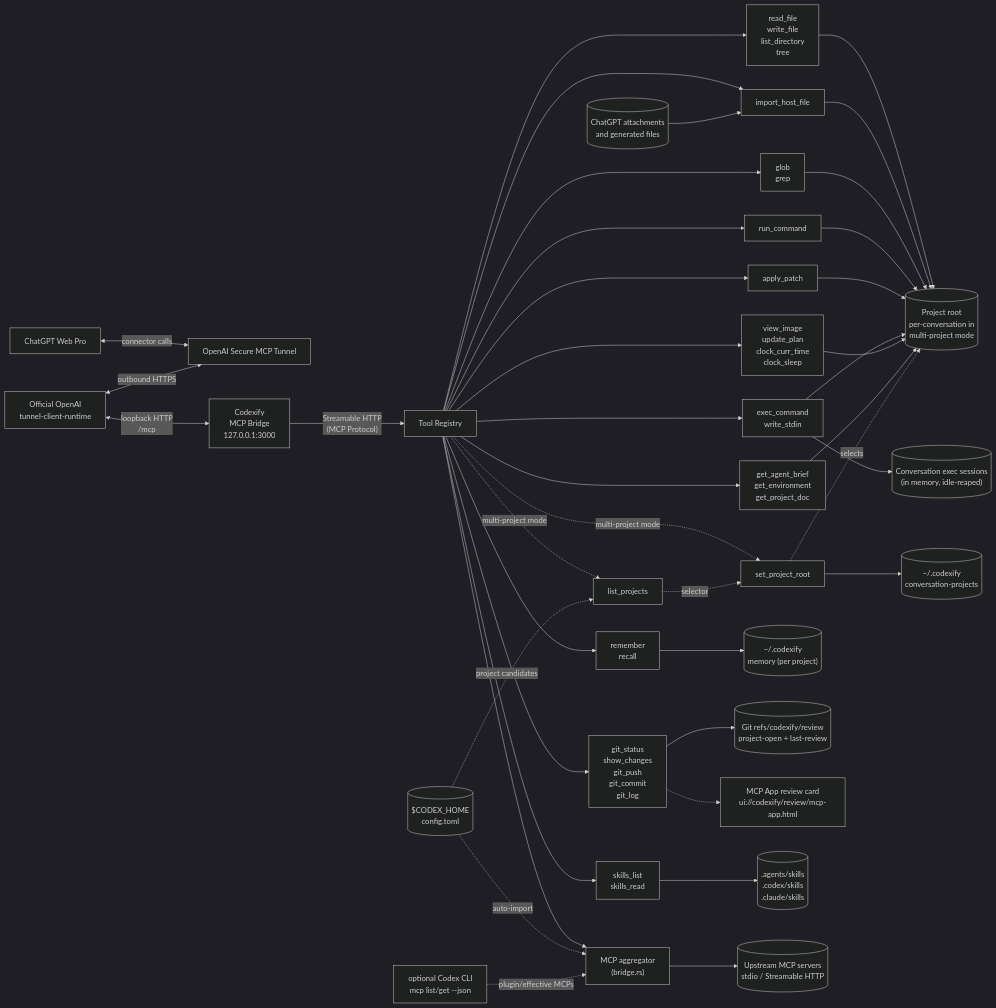
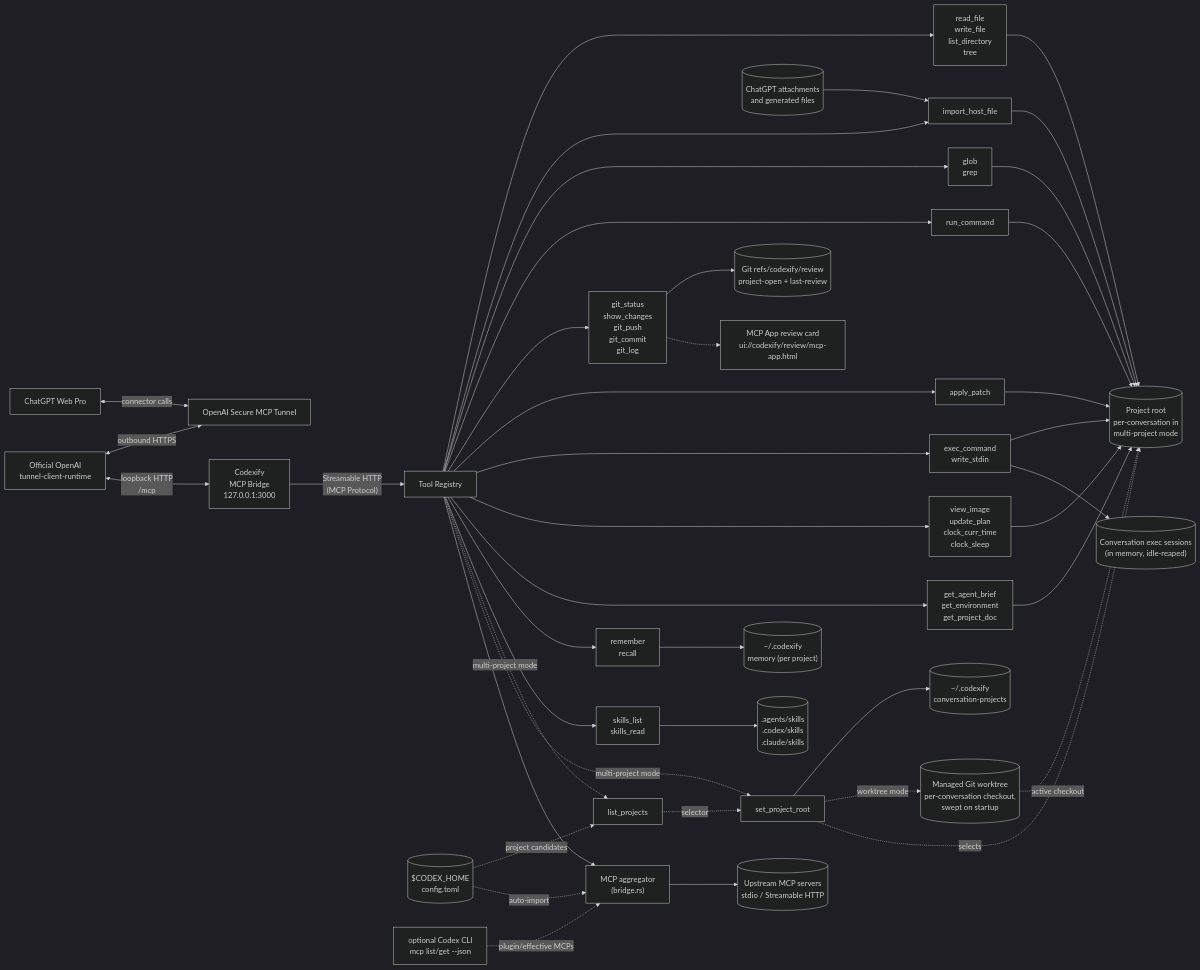
One commit to thesunwave/codexify changed the diagram in README.md. Above: the diagram before and after it, drawn with Mermaid (dark theme). The commit also changed other lines of this file, not shown here.

Commit message:
docs(readme): add managed-worktree node to the architecture diagram
The v1.3.0 worktree isolation (#11) added a per-conversation managed Git
checkout that becomes the active project root in worktree mode; the
architecture flowchart did not show it. Add the Worktree artifact and its
conditional set_project_root edges, and note worktree mode in the caption.

````diff
--- a/README.md
+++ b/README.md
@@ -15,76 +15,79 @@
 ```mermaid
 flowchart LR
     ChatGPT["ChatGPT Web Pro"]
     OpenAITunnel["OpenAI Secure MCP Tunnel"]
     TunnelClient["Official OpenAI\ntunnel-client-runtime"]
     Server["Codexify\nMCP Bridge\n127.0.0.1:3000"]
     Tools["Tool Registry"]
 
     FS["read_file\nwrite_file\nlist_directory\ntree"]
     Ingress["import_host_file"]
     Search["glob\ngrep"]
     Shell["run_command"]
     Git["git_status\nshow_changes\ngit_push\ngit_commit\ngit_log"]
     Edit["apply_patch"]
     Exec["exec_command\nwrite_stdin"]
     Agent["view_image\nupdate_plan\nclock_curr_time\nclock_sleep"]
     Env["get_agent_brief\nget_environment\nget_project_doc"]
     Mem["remember\nrecall"]
     Skills["skills_list\nskills_read"]
     ListProjects["list_projects"]
     SetRoot["set_project_root"]
     Bridge["MCP aggregator\n(bridge.rs)"]
     WorkDir[("Project root\nper-conversation in\nmulti-project mode")]
     HostFiles[("ChatGPT attachments\nand generated files")]
     State[("~/.codexify\nmemory (per project)")]
     Bindings[("~/.codexify\nconversation-projects")]
+    Worktree[("Managed Git worktree\nper-conversation checkout,\nswept on startup")]
     ExecSessions[("Conversation exec sessions\n(in memory, idle-reaped)")]
     ReviewRefs[("Git refs/codexify/review\nproject-open + last-review")]
     ReviewUI["MCP App review card\nui://codexify/review/mcp-app.html"]
     SkillDirs[(".agents/skills\n.codex/skills\n.claude/skills")]
     CodexCfg[("$CODEX_HOME\nconfig.toml")]
     CodexCli["optional Codex CLI\nmcp list/get --json"]
     Upstream[("Upstream MCP servers\nstdio / Streamable HTTP")]
 
     ChatGPT <-->|"connector calls"| OpenAITunnel
     TunnelClient <-->|"outbound HTTPS"| OpenAITunnel
     TunnelClient <-->|"loopback HTTP\n/mcp"| Server
     Server -- "Streamable HTTP\n(MCP Protocol)" --> Tools
 
     Tools --> FS
     Tools --> Ingress
     Tools --> Search
     Tools --> Shell
     Tools --> Git
     Tools --> Edit
     Tools --> Exec
     Tools --> Agent
     Tools --> Env
     Tools --> Mem
     Tools --> Skills
     Tools -.->|"multi-project mode"| ListProjects
     Tools -.->|"multi-project mode"| SetRoot
     Tools --> Bridge
 
     FS --> WorkDir
     HostFiles --> Ingress
     Ingress --> WorkDir
     Search --> WorkDir
     Shell --> WorkDir
     Edit --> WorkDir
     Exec --> WorkDir
     Agent --> WorkDir
     Env --> WorkDir
     Mem --> State
     Skills --> SkillDirs
     ListProjects -.->|"selector"| SetRoot
     SetRoot --> Bindings
+    SetRoot -.->|"worktree mode"| Worktree
+    Worktree -.->|"active checkout"| WorkDir
     Exec --> ExecSessions
     Git --> ReviewRefs
     Git -.-> ReviewUI
     SetRoot -.->|"selects"| WorkDir
     CodexCfg -.->|"project candidates"| ListProjects
     CodexCfg -.->|"auto-import"| Bridge
     CodexCli -.->|"plugin/effective MCPs"| Bridge
     Bridge --> Upstream
 ```
````
